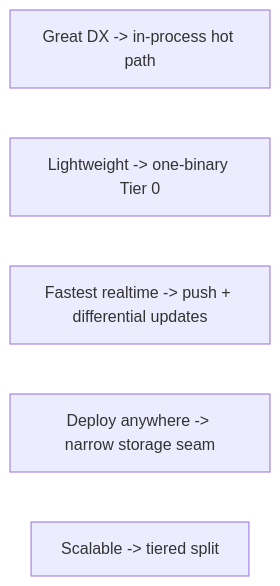
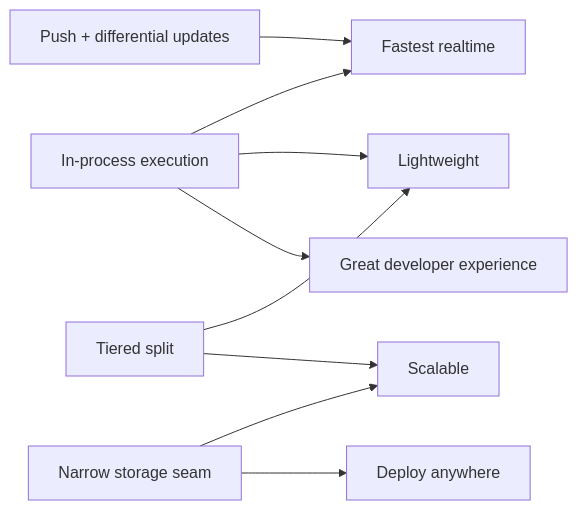
Before and after one commit to helipod-sh/helipod: the first of 3 diagrams in docs_new/content/docs/contributing/architecture/system-design.mdx, drawn with Mermaid. The commit also changed other lines of this file and 11 other files, not shown here.

````diff
--- a/docs_new/content/docs/contributing/architecture/system-design.mdx
+++ b/docs_new/content/docs/contributing/architecture/system-design.mdx
@@ -32,8 +32,22 @@
 ```mermaid
 flowchart LR
-  A["Great DX -> in-process hot path"]
-  B["Lightweight -> one-binary Tier 0"]
-  C["Fastest realtime -> push + differential updates"]
-  D["Deploy anywhere -> narrow storage seam"]
-  E["Scalable -> tiered split"]
+  IP["In-process execution"]
+  SEAM["Narrow storage seam"]
+  TIER["Tiered split"]
+  PUSH["Push + differential updates"]
+
+  DX["Great developer experience"]
+  LIGHT["Lightweight"]
+  FAST["Fastest realtime"]
+  DEPLOY["Deploy anywhere"]
+  SCALE["Scalable"]
+
+  IP --> DX
+  IP --> LIGHT
+  IP --> FAST
+  PUSH --> FAST
+  SEAM --> DEPLOY
+  SEAM --> SCALE
+  TIER --> SCALE
+  TIER --> LIGHT
 ```
````
